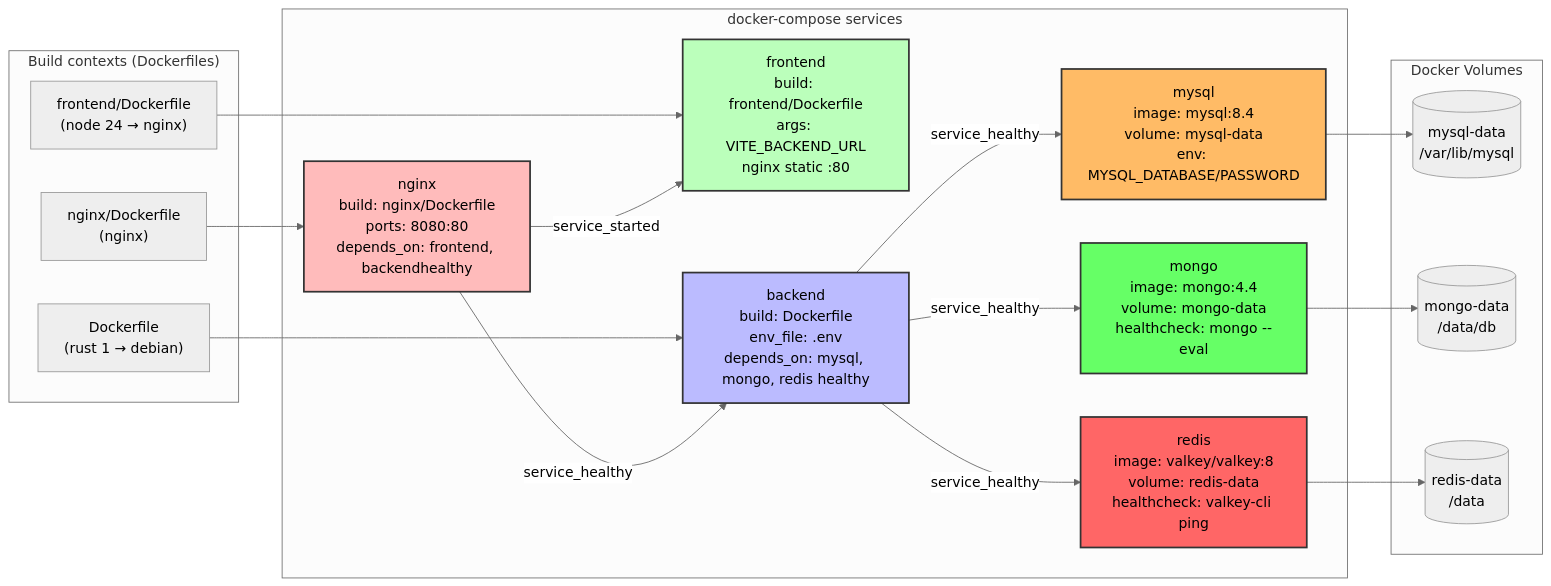
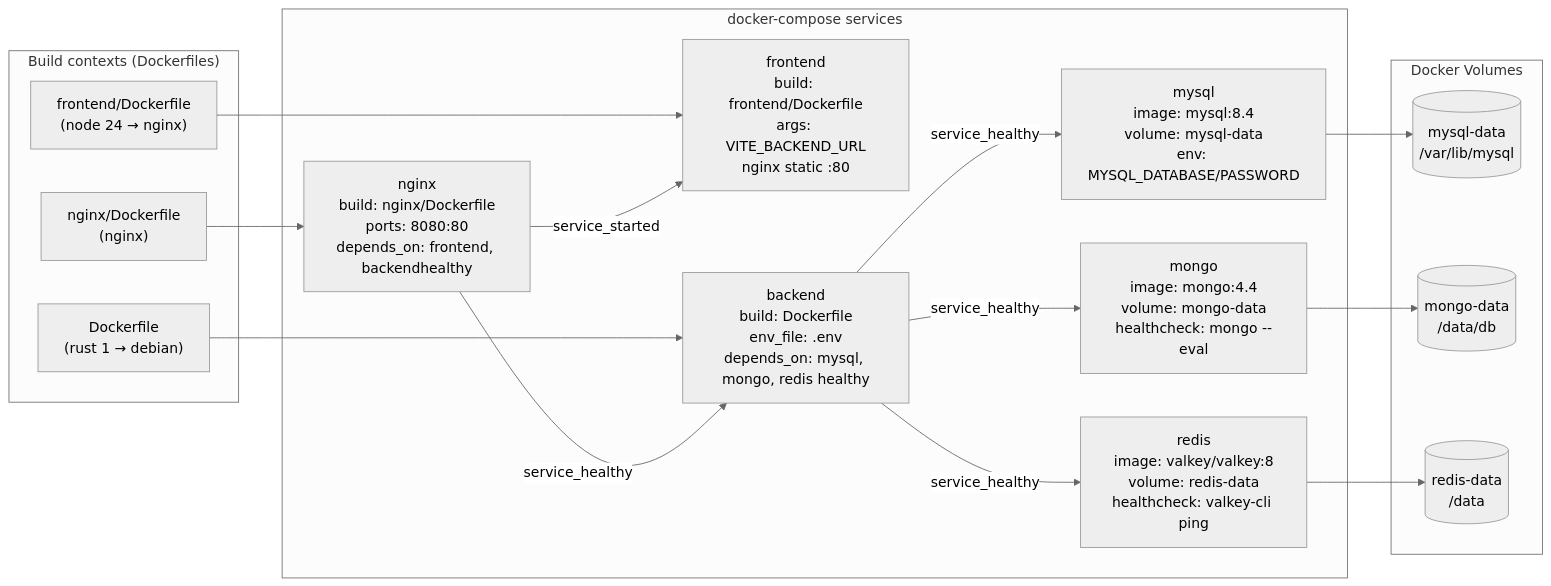
The second of 10 diagrams in diagrams/architecture.md (Not-Buddy/nilsbohr), drawn with Mermaid (neutral theme) before and after one commit. The commit also changed other lines of this file and 1 other file, not shown here.

Commit message:
fix to diagrams

````diff
--- a/diagrams/architecture.md
+++ b/diagrams/architecture.md
@@ -83,44 +74,38 @@
 ```mermaid
 graph LR
     subgraph Build["Build contexts (Dockerfiles)"]
         DF["frontend/Dockerfile<br/>(node 24 → nginx)"]
         DB["Dockerfile<br/>(rust 1 → debian)"]
         DN["nginx/Dockerfile<br/>(nginx)"]
     end
 
     subgraph Services["docker-compose services"]
         Nginx["nginx<br/>build: nginx/Dockerfile<br/>ports: 8080:80<br/>depends_on: frontend, backendhealthy"]
         Frontend["frontend<br/>build: frontend/Dockerfile<br/>args: VITE_BACKEND_URL<br/>nginx static :80"]
         Backend["backend<br/>build: Dockerfile<br/>env_file: .env<br/>depends_on: mysql, mongo, redis healthy"]
         MySQL["mysql<br/>image: mysql:8.4<br/>volume: mysql-data<br/>env: MYSQL_DATABASE/PASSWORD"]
         MongoDB["mongo<br/>image: mongo:4.4<br/>volume: mongo-data<br/>healthcheck: mongo --eval"]
         Redis["redis<br/>image: valkey/valkey:8<br/>volume: redis-data<br/>healthcheck: valkey-cli ping"]
     end
 
     DF --> Frontend
     DB --> Backend
     DN --> Nginx
 
     Nginx -->|"service_started"| Frontend
     Nginx -->|"service_healthy"| Backend
     Backend -->|"service_healthy"| MySQL
     Backend -->|"service_healthy"| MongoDB
     Backend -->|"service_healthy"| Redis
 
     subgraph Volumes["Docker Volumes"]
         V1[("mysql-data<br/>/var/lib/mysql")]
         V2[("mongo-data<br/>/data/db")]
         V3[("redis-data<br/>/data")]
     end
 
     MySQL --> V1
     MongoDB --> V2
     Redis --> V3
 
-    style Nginx fill:#fbb,stroke:#333,stroke-width:2px
-    style Frontend fill:#bfb,stroke:#333,stroke-width:2px
-    style Backend fill:#bbf,stroke:#333,stroke-width:2px
-    style MySQL fill:#fb6,stroke:#333,stroke-width:2px
-    style MongoDB fill:#6f6,stroke:#333,stroke-width:2px
-    style Redis fill:#f66,stroke:#333,stroke-width:2px
 ```
````
